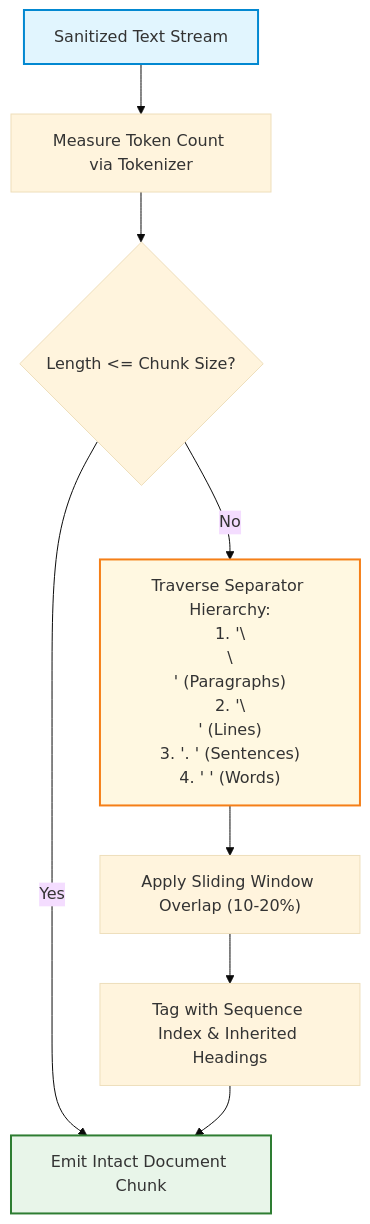
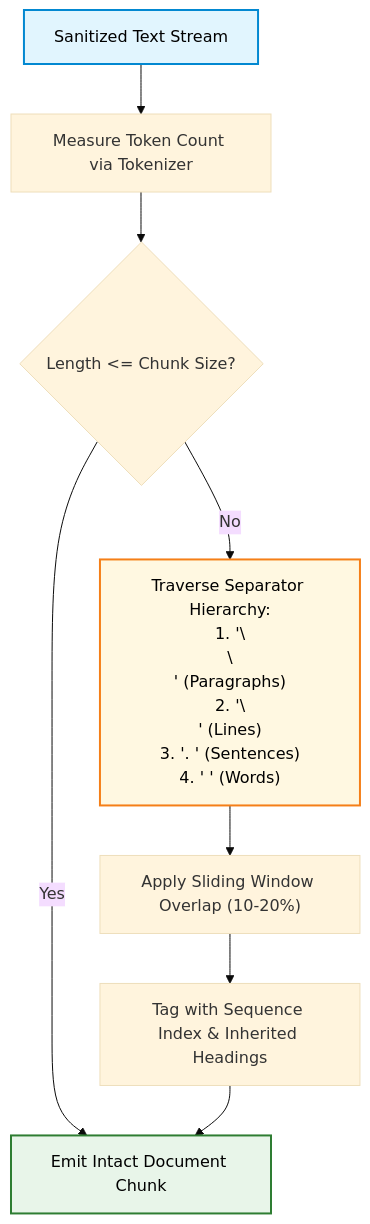
Before and after one commit to swapnil3104/RAG-Engineering: the fourth of 4 diagrams in 02-Document-Processing/Text-Splitting.md, drawn with Mermaid (base theme). The commit also changed 108 other files, not shown here.

Commit message:
fix: make chart text visible across all Mermaid diagrams and resolve markdown table formatting issues

````diff
--- a/02-Document-Processing/Text-Splitting.md
+++ b/02-Document-Processing/Text-Splitting.md
@@ -470,14 +470,14 @@
 ```mermaid
 flowchart TD
     In["Sanitized Text Stream"] --> Measure["Measure Token Count via Tokenizer"]
     Measure --> Check{"Length <= Chunk Size?"}
     Check -- "Yes" --> Emit["Emit Intact Document Chunk"]
     Check -- "No" --> Recurse["Traverse Separator Hierarchy:<br/>1. '\\n\\n' (Paragraphs)<br/>2. '\\n' (Lines)<br/>3. '. ' (Sentences)<br/>4. ' ' (Words)"]
     Recurse --> Slide["Apply Sliding Window Overlap (10-20%)"]
     Slide --> Meta["Tag with Sequence Index & Inherited Headings"]
     Meta --> Emit
 
-    style In fill:#e1f5fe,stroke:#0288d1,stroke-width:2px
-    style Recurse fill:#fff8e1,stroke:#f57f17,stroke-width:2px
-    style Emit fill:#e8f5e9,stroke:#2e7d32,stroke-width:2px
+    style In fill:#e1f5fe,stroke:#0288d1,stroke-width:2px,color:#000000
+    style Recurse fill:#fff8e1,stroke:#f57f17,stroke-width:2px,color:#000000
+    style Emit fill:#e8f5e9,stroke:#2e7d32,stroke-width:2px,color:#000000
 ```
````
